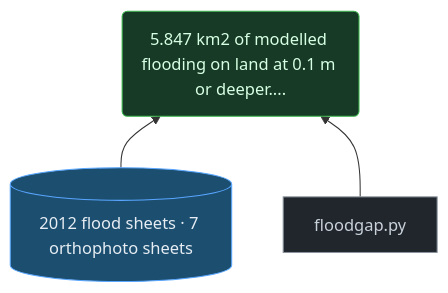
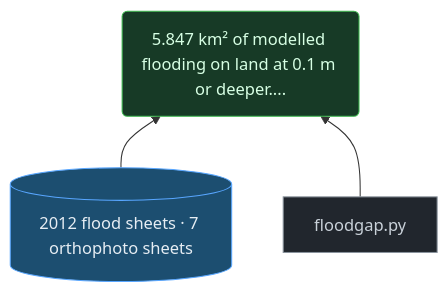
The second of 14 diagrams in docs/CLAIMS.md (Jjokulian/copenhagen-waterways), drawn with Mermaid before and after one commit. The commit also changed other lines of this file and 13 other files, not shown here.

````diff
--- a/docs/CLAIMS.md
+++ b/docs/CLAIMS.md
@@ -60,11 +57,11 @@
 ```mermaid
 graph BT
-  C-FLOOD-AREA("5.847 km2 of modelled flooding on land at 0.1 m or deeper....")
+  C-FLOOD-AREA("5.847 km² of modelled flooding on land at 0.1 m or deeper....")
   D-SHEETS[("2012 flood sheets · 7 orthophoto sheets")]
   X-FLOODGAP["floodgap.py"]
   D-SHEETS --> C-FLOOD-AREA
   X-FLOODGAP --> C-FLOOD-AREA
   style C-FLOOD-AREA fill:#173a26,stroke:#3fb950,color:#d7ffe4
   style D-SHEETS fill:#1c4e70,stroke:#58a6ff,color:#e6edf3
   style X-FLOODGAP fill:#21262d,stroke:#8b949e,color:#c9d1d9
 ```
````
